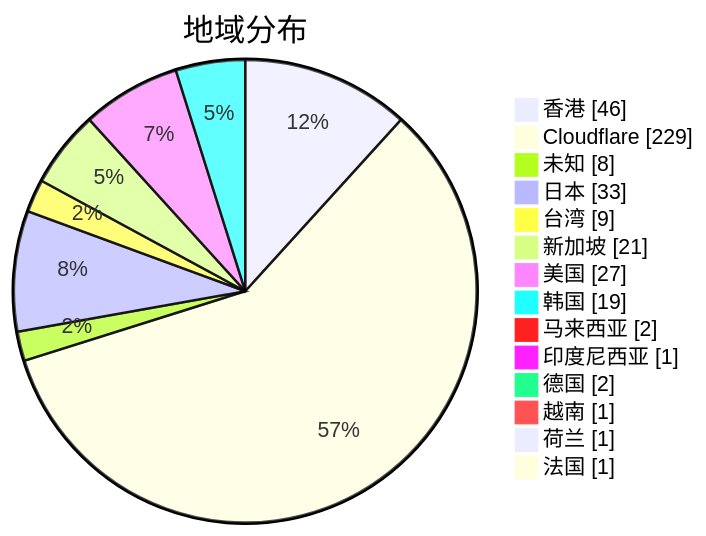
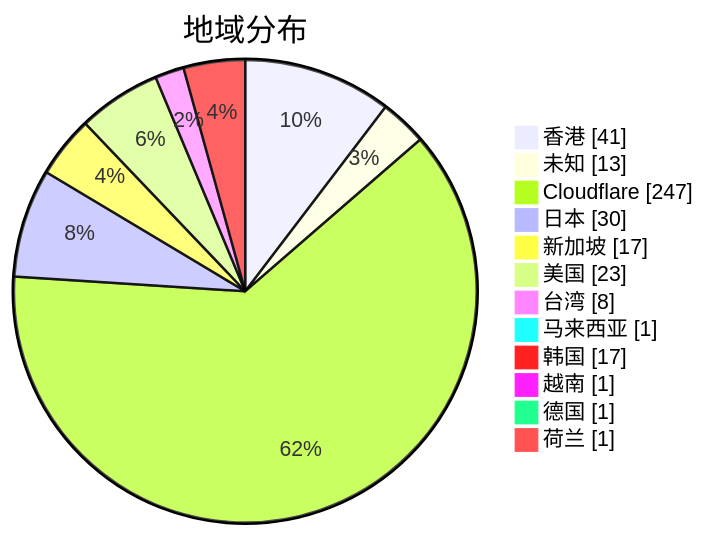
One commit to qjlxg/airport changed the second of 3 diagrams in subs/statistics/tested_within.md. Above: the diagram before and after it, drawn with Mermaid. The commit also changed other lines of this file and 2 other files, not shown here.

````diff
--- a/subs/statistics/tested_within.md
+++ b/subs/statistics/tested_within.md
@@ -12,18 +14,16 @@
 ```mermaid
 pie showData
 title 地域分布
-"香港" : 46
-"Cloudflare" : 229
-"未知" : 8
-"日本" : 33
-"台湾" : 9
-"新加坡" : 21
-"美国" : 27
-"韩国" : 19
-"马来西亚" : 2
-"印度尼西亚" : 1
-"德国" : 2
+"香港" : 41
+"未知" : 13
+"Cloudflare" : 247
+"日本" : 30
+"新加坡" : 17
+"美国" : 23
+"台湾" : 8
+"马来西亚" : 1
+"韩国" : 17
 "越南" : 1
+"德国" : 1
 "荷兰" : 1
-"法国" : 1
 ```
````
